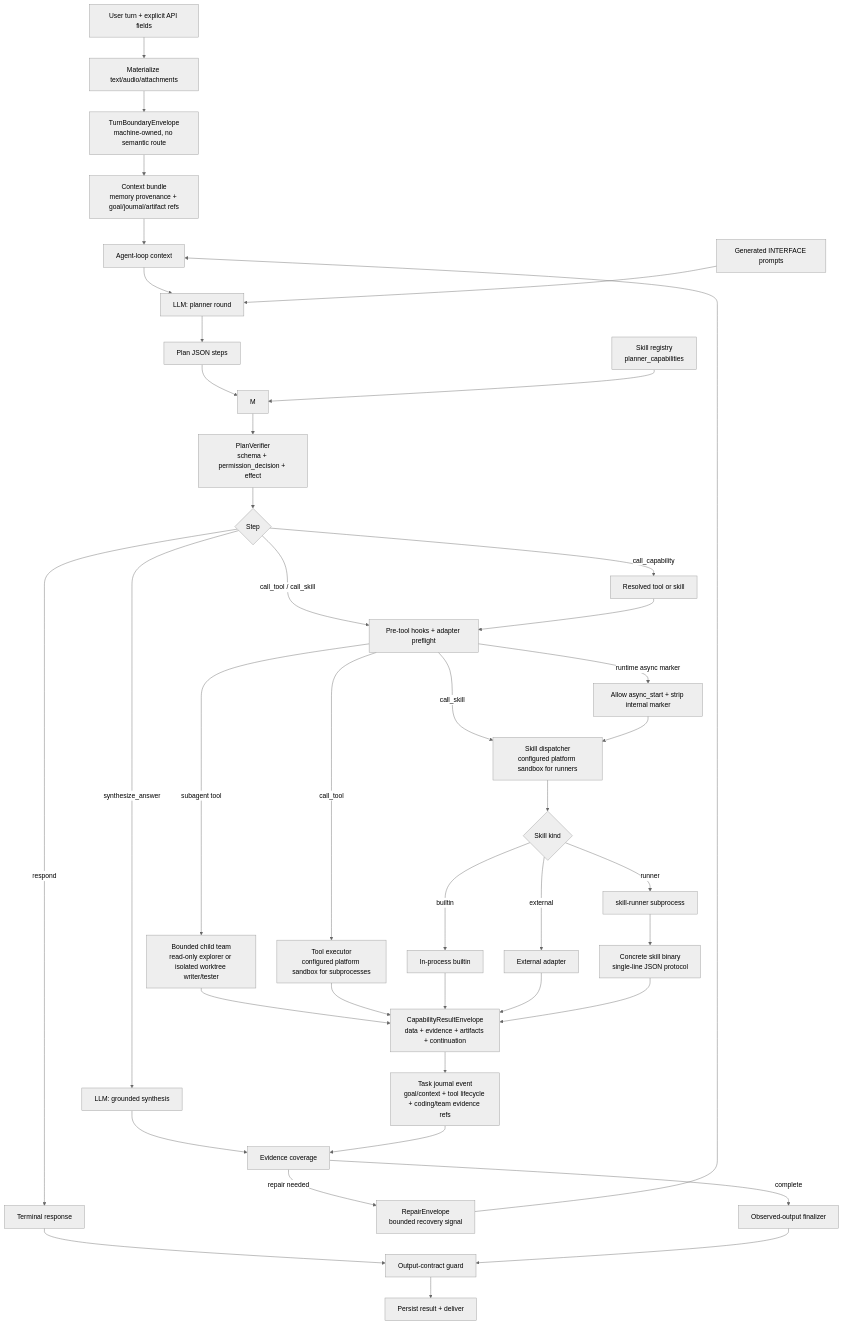
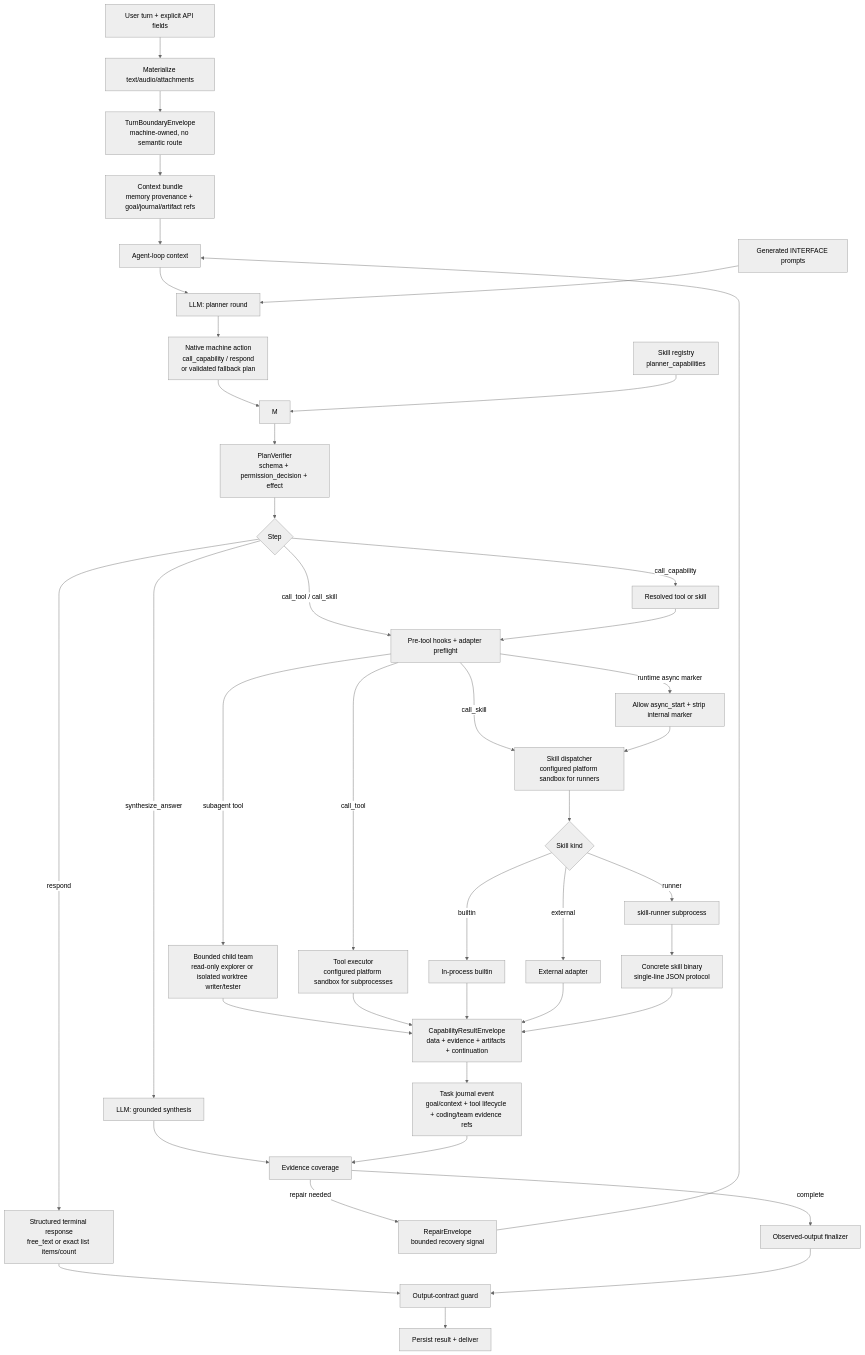
Before and after one commit to MatrixCoreX/RustClaw: the second of 18 diagrams in README.md, drawn with Mermaid (neutral theme). The commit also changed other lines of this file and 3 other files, not shown here.

Commit message:
feat(agent): validate native terminal responses

````diff
--- a/README.md
+++ b/README.md
@@ -135,43 +135,43 @@
 ```mermaid
 flowchart TD
     A[User turn + explicit API fields] --> B[Materialize text/audio/attachments]
     B --> C[TurnBoundaryEnvelope<br/>machine-owned, no semantic route]
     C --> D[Context bundle<br/>memory provenance + goal/journal/artifact refs]
     D --> G[Agent-loop context]
     G --> K[LLM: planner round]
-    K --> L[Plan JSON steps]
+    K --> L[Native machine action<br/>call_capability / respond<br/>or validated fallback plan]
     L --> M
     N[Skill registry<br/>planner_capabilities] --> M
     O[Generated INTERFACE prompts] --> K
     M --> P[PlanVerifier<br/>schema + permission_decision + effect]
     P --> Q{Step}
     Q -->|call_capability| R[Resolved tool or skill]
     Q -->|call_tool / call_skill| QA[Pre-tool hooks + adapter preflight]
     R --> QA
     QA -->|runtime async marker| AR[Allow async_start + strip internal marker]
     QA -->|subagent tool| SS[Bounded child team<br/>read-only explorer or isolated worktree writer/tester]
     QA -->|call_tool| S[Tool executor<br/>configured platform sandbox for subprocesses]
     QA -->|call_skill| T[Skill dispatcher<br/>configured platform sandbox for runners]
     AR --> T
     T --> U{Skill kind}
     U -->|builtin| V[In-process builtin]
     U -->|external| W[External adapter]
     U -->|runner| X[skill-runner subprocess]
     X --> Y[Concrete skill binary<br/>single-line JSON protocol]
     SS --> Z
     S --> Z[CapabilityResultEnvelope<br/>data + evidence + artifacts + continuation]
     V --> Z
     W --> Z
     Y --> Z
     Z --> ZEV[Task journal event<br/>goal/context + tool lifecycle + coding/team evidence refs]
     Q -->|synthesize_answer| ZA[LLM: grounded synthesis]
-    Q -->|respond| ZB[Terminal response]
+    Q -->|respond| ZB[Structured terminal response<br/>free_text or exact list items/count]
     ZA --> ZC[Evidence coverage]
     ZEV --> ZC
     ZC -->|repair needed| ZR[RepairEnvelope<br/>bounded recovery signal]
     ZR --> G
     ZC -->|complete| ZD[Observed-output finalizer]
     ZB --> ZE[Output-contract guard]
     ZD --> ZE
     ZE --> ZF[Persist result + deliver]
 ```
````
